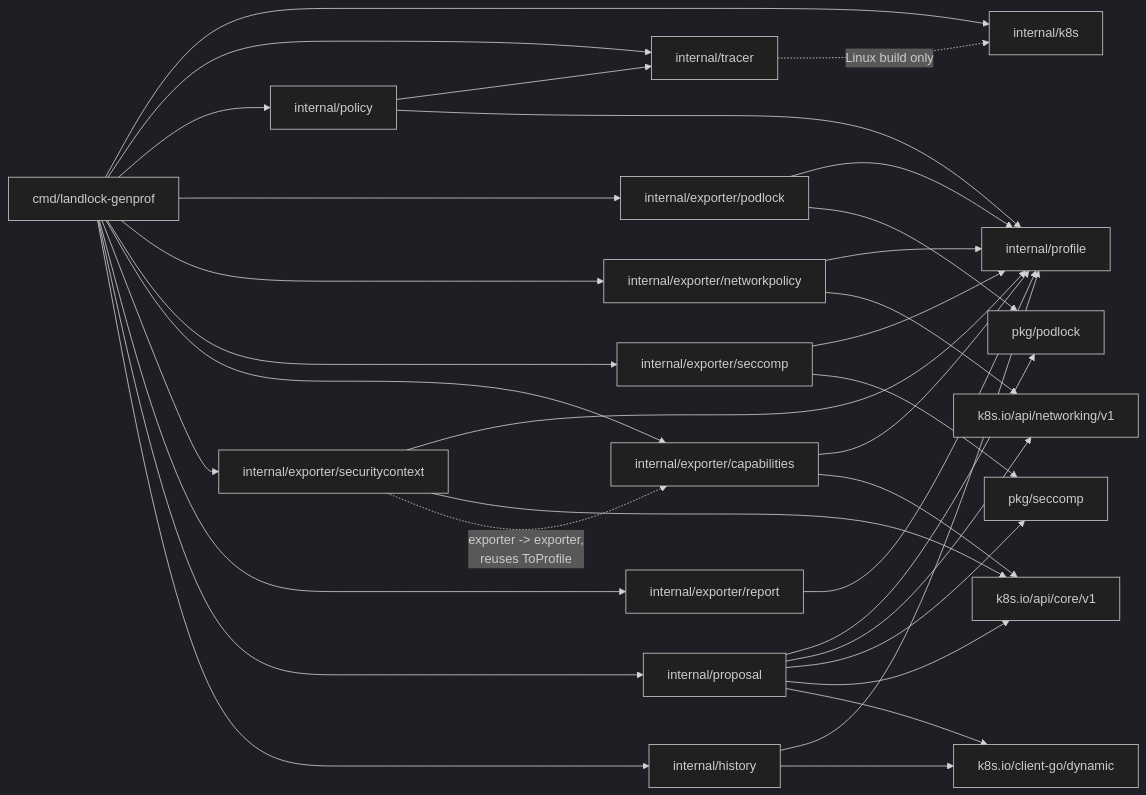
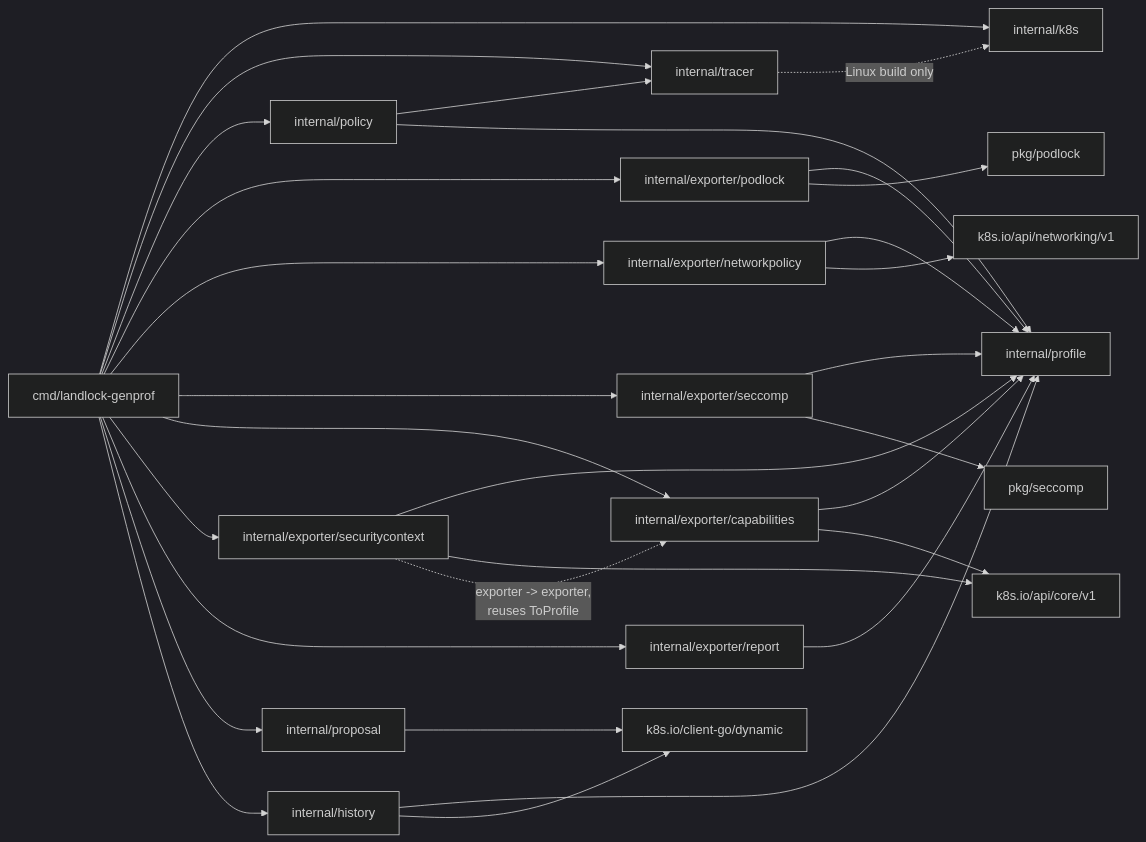
One commit to idriss-eliguene/landlock-genprof changed the third of 3 diagrams in docs/architecture.md. Above: the diagram before and after it, drawn with Mermaid (dark theme). The commit also changed other lines of this file and 7 other files, not shown here.

````diff
--- a/docs/architecture.md
+++ b/docs/architecture.md
@@ -315,55 +321,51 @@
 ```mermaid
 flowchart LR
     cmd["cmd/landlock-genprof"]
     k8s["internal/k8s"]
     tracer["internal/tracer"]
     policy["internal/policy"]
     ir["internal/profile"]
     exporter["internal/exporter/podlock"]
     podlock["pkg/podlock"]
     netexporter["internal/exporter/networkpolicy"]
     netpolicyapi["k8s.io/api/networking/v1"]
     seccompexporter["internal/exporter/seccomp"]
     seccomppkg["pkg/seccomp"]
     capexporter["internal/exporter/capabilities"]
     corev1api["k8s.io/api/core/v1"]
     scexporter["internal/exporter/securitycontext"]
     reportexporter["internal/exporter/report"]
     proposalpkg["internal/proposal"]
     history["internal/history"]
     dynamicclient["k8s.io/client-go/dynamic"]
 
     cmd --> k8s
     cmd --> tracer
     cmd --> policy
     cmd --> exporter
     cmd --> netexporter
     cmd --> seccompexporter
     cmd --> capexporter
     cmd --> scexporter
     cmd --> reportexporter
     cmd --> proposalpkg
     cmd --> history
     policy --> tracer
     policy --> ir
     exporter --> ir
     exporter --> podlock
     netexporter --> ir
     netexporter --> netpolicyapi
     seccompexporter --> ir
     seccompexporter --> seccomppkg
     capexporter --> ir
     capexporter --> corev1api
     scexporter --> ir
     scexporter --> corev1api
     scexporter -. "exporter -> exporter,<br/>reuses ToProfile" .-> capexporter
     reportexporter --> ir
-    proposalpkg --> podlock
-    proposalpkg --> netpolicyapi
-    proposalpkg --> seccomppkg
-    proposalpkg --> corev1api
     proposalpkg --> dynamicclient
     history --> ir
     history --> dynamicclient
     tracer -. "Linux build only" .-> k8s
 ```
````
